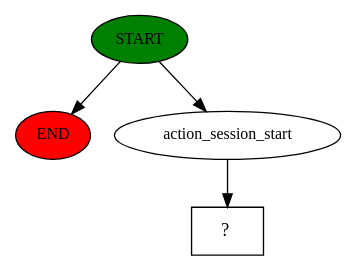
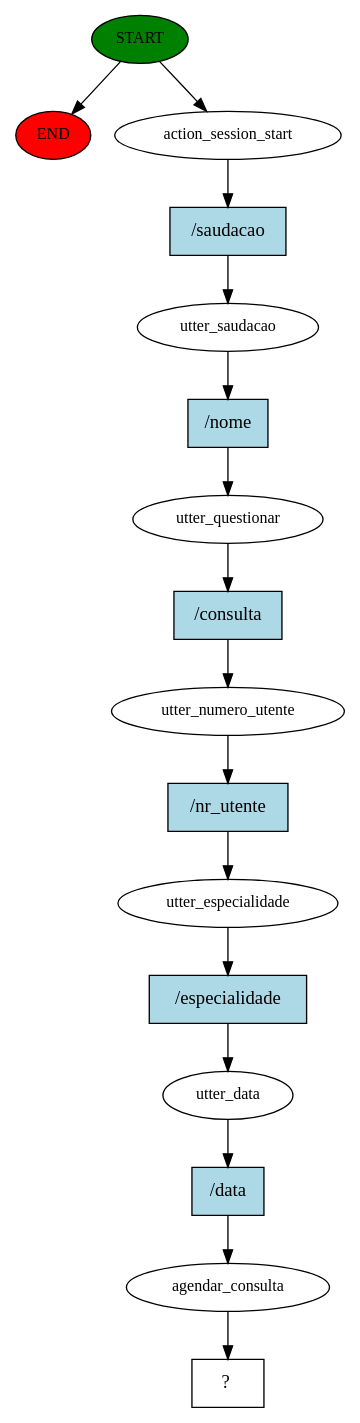
One commit to mariana27oliveira/AmbInt changed the diagram in story_graph.dot. Above: the diagram before and after it, drawn with Graphviz. The commit also changed 340 other files, not shown here.

Commit message:
agendar.consulta

```diff
--- a/story_graph.dot
+++ b/story_graph.dot
@@ -1,9 +1,33 @@
 digraph  {
 0 [class="start active", fillcolor=green, fontsize=12, label=START, style=filled];
 "-1" [class=end, fillcolor=red, fontsize=12, label=END, style=filled];
 1 [class=active, fontsize=12, label=action_session_start];
-2 [class="intent dashed active", label="  ?  ", shape=rect];
+2 [class=active, fontsize=12, label=utter_saudacao];
+3 [class=active, fontsize=12, label=utter_questionar];
+4 [class=active, fontsize=12, label=utter_numero_utente];
+5 [class=active, fontsize=12, label=utter_especialidade];
+6 [class=active, fontsize=12, label=utter_data];
+7 [class=active, fontsize=12, label=agendar_consulta];
+8 [class="intent dashed active", label="  ?  ", shape=rect];
+9 [class="intent active", fillcolor=lightblue, label="/saudacao", shape=rect, style=filled];
+10 [class="intent active", fillcolor=lightblue, label="/nome", shape=rect, style=filled];
+11 [class="intent active", fillcolor=lightblue, label="/consulta", shape=rect, style=filled];
+12 [class="intent active", fillcolor=lightblue, label="/nr_utente", shape=rect, style=filled];
+13 [class="intent active", fillcolor=lightblue, label="/especialidade", shape=rect, style=filled];
+14 [class="intent active", fillcolor=lightblue, label="/data", shape=rect, style=filled];
 0 -> "-1"  [class="", key=NONE, label=""];
 0 -> 1  [class=active, key=NONE, label=""];
-1 -> 2  [class=active, key=NONE, label=""];
+1 -> 9  [class=active, key=0];
+2 -> 10  [class=active, key=0];
+3 -> 11  [class=active, key=0];
+4 -> 12  [class=active, key=0];
+5 -> 13  [class=active, key=0];
+6 -> 14  [class=active, key=0];
+7 -> 8  [class=active, key=NONE, label=""];
+9 -> 2  [class=active, key=0];
+10 -> 3  [class=active, key=0];
+11 -> 4  [class=active, key=0];
+12 -> 5  [class=active, key=0];
+13 -> 6  [class=active, key=0];
+14 -> 7  [class=active, key=0];
 }
```
